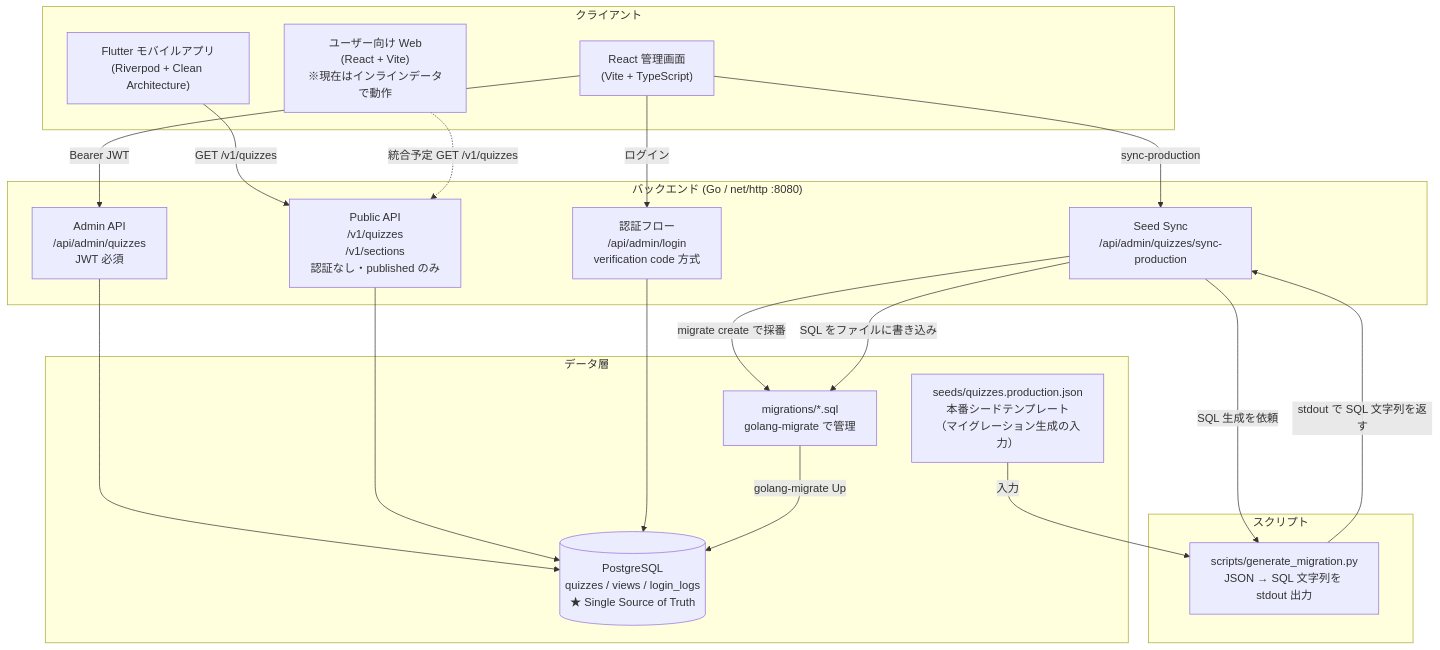
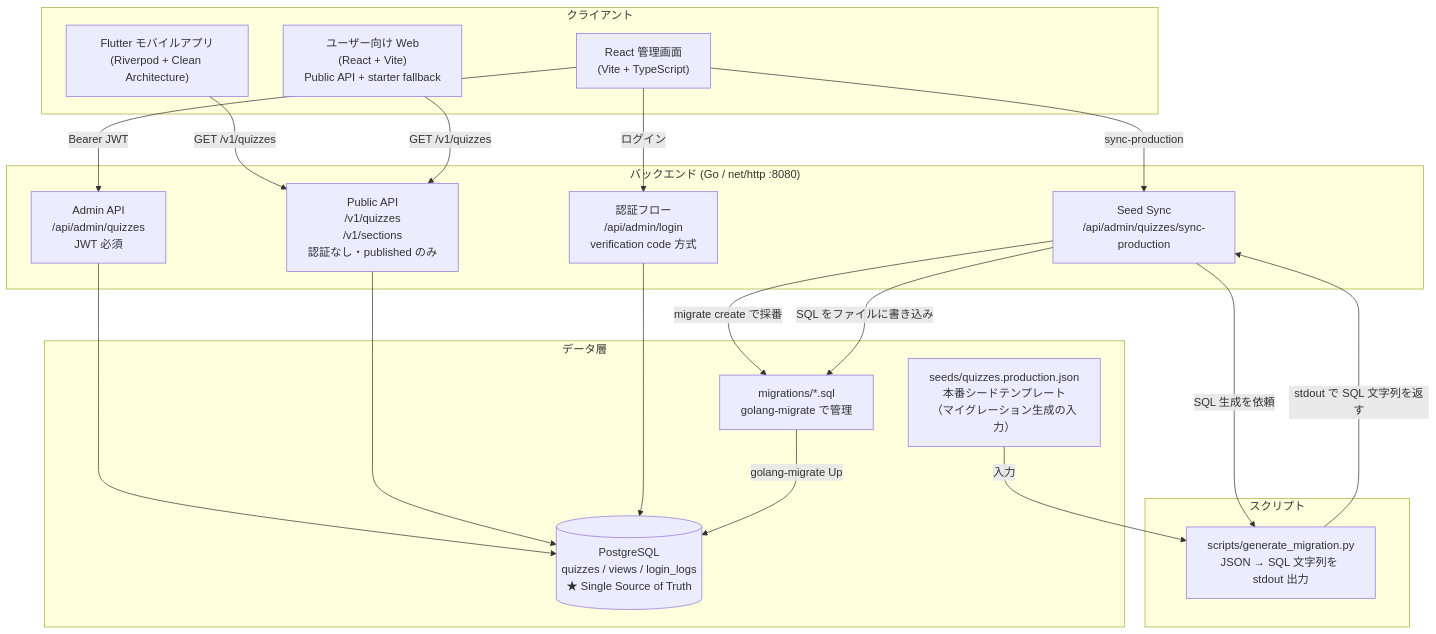
One commit to Yoshinaga123/quiz changed the first of 2 diagrams in docs/architecture/overview.md. Above: the diagram before and after it, drawn with Mermaid. The commit also changed other lines of this file and 79 other files, not shown here.

````diff
--- a/docs/architecture/overview.md
+++ b/docs/architecture/overview.md
@@ -7,42 +7,42 @@
 ```mermaid
 graph TB
     subgraph Clients["クライアント"]
         Mobile["Flutter モバイルアプリ<br/>(Riverpod + Clean Architecture)"]
-        WebApp["ユーザー向け Web<br/>(React + Vite)<br/>※現在はインラインデータで動作"]
+        WebApp["ユーザー向け Web<br/>(React + Vite)<br/>Public API + starter fallback"]
         AdminWeb["React 管理画面<br/>(Vite + TypeScript)"]
     end
 
     subgraph Backend["バックエンド (Go / net/http :8080)"]
         PublicAPI["Public API<br/>/v1/quizzes<br/>/v1/sections<br/>認証なし・published のみ"]
         AdminAPI["Admin API<br/>/api/admin/quizzes<br/>JWT 必須"]
         AuthFlow["認証フロー<br/>/api/admin/login<br/>verification code 方式"]
         SyncFlow["Seed Sync<br/>/api/admin/quizzes/sync-production"]
     end
 
     subgraph DataLayer["データ層"]
         DB[("PostgreSQL<br/>quizzes / views / login_logs<br/>★ Single Source of Truth")]
         SeedJSON["seeds/quizzes.production.json<br/>本番シードテンプレート<br/>（マイグレーション生成の入力）"]
         MigrationSQL["migrations/*.sql<br/>golang-migrate で管理"]
     end
 
     subgraph Scripts["スクリプト"]
         GenScript["scripts/generate_migration.py<br/>JSON → SQL 文字列を stdout 出力"]
     end
 
     Mobile -->|GET /v1/quizzes| PublicAPI
-    WebApp -.->|統合予定 GET /v1/quizzes| PublicAPI
+    WebApp -->|GET /v1/quizzes| PublicAPI
     AdminWeb -->|Bearer JWT| AdminAPI
     AdminWeb -->|ログイン| AuthFlow
 
     AdminAPI --> DB
     PublicAPI --> DB
     AuthFlow --> DB
 
     AdminWeb -->|sync-production| SyncFlow
     SyncFlow -->|migrate create で採番| MigrationSQL
     SyncFlow -->|SQL 生成を依頼| GenScript
     GenScript -->|stdout で SQL 文字列を返す| SyncFlow
     SyncFlow -->|SQL をファイルに書き込み| MigrationSQL
     SeedJSON -->|入力| GenScript
     MigrationSQL -->|golang-migrate Up| DB
 ```
````
